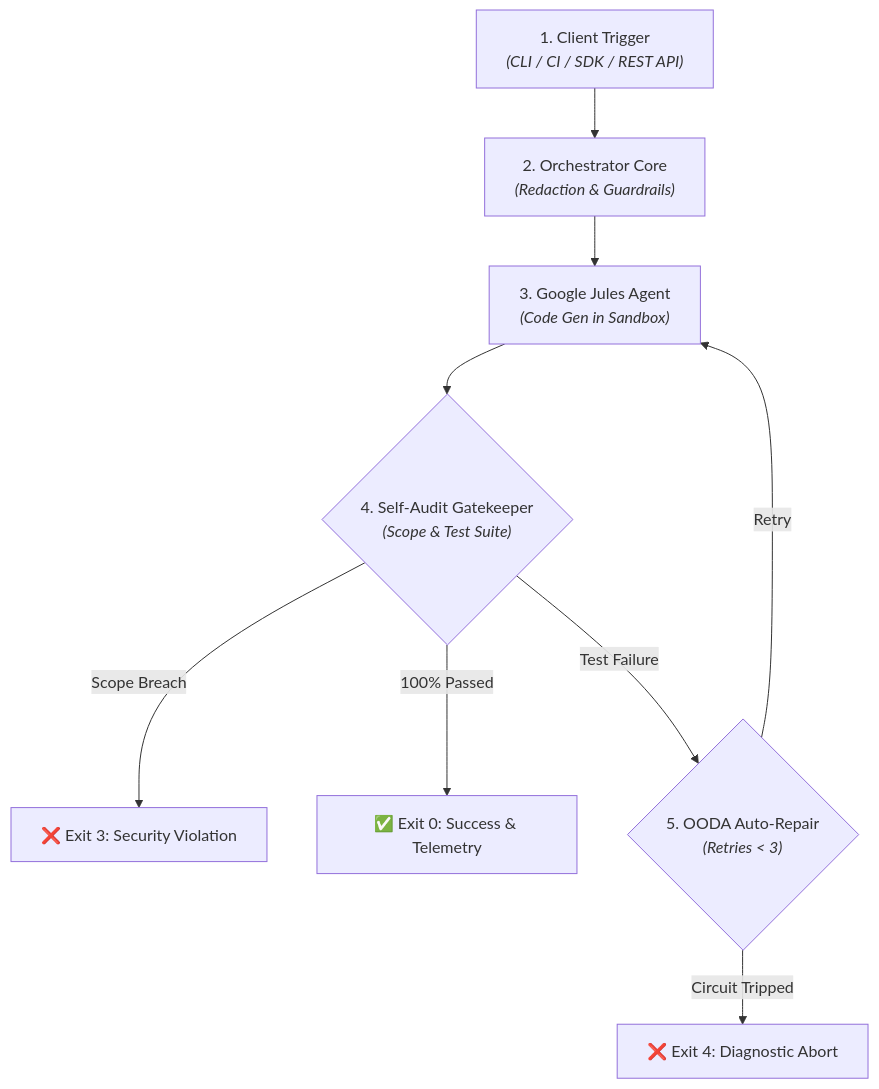
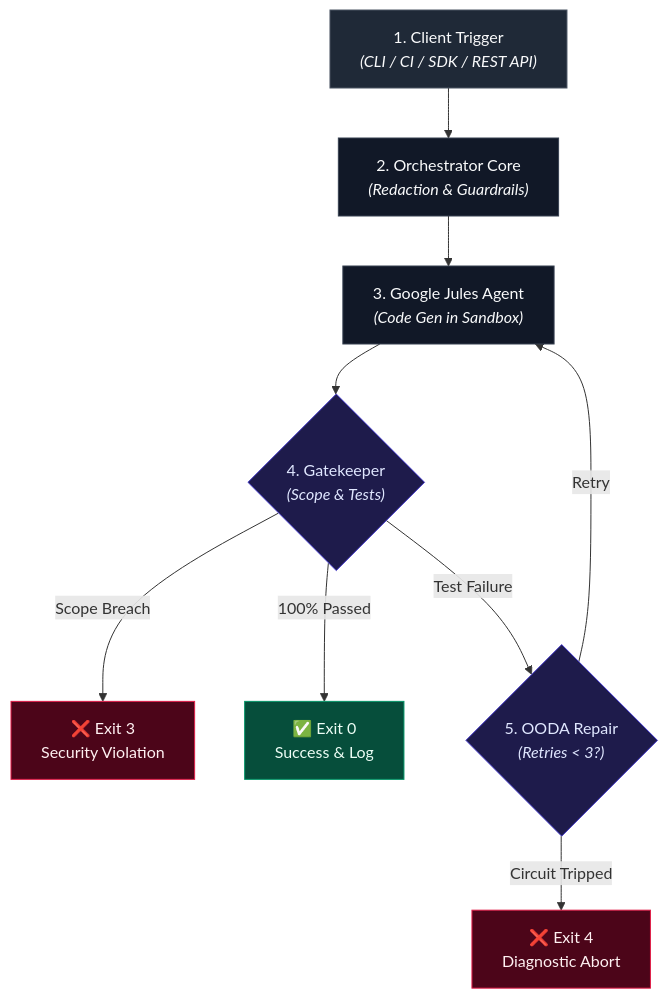
Before and after one commit to FullThrottle83/jules-orchestrator-kit: the second of 3 diagrams in README.md, drawn with Mermaid.

Commit message:
style: redesign Mermaid flowchart with multi-line node labels and classDef themes

````diff
--- a/README.md
+++ b/README.md
@@ -89,11 +89,19 @@
 ```mermaid
 graph TD
-    A["1. Client Trigger<br/><i>(CLI / CI / SDK / REST API)</i>"] --> B["2. Orchestrator Core<br/><i>(Redaction & Guardrails)</i>"]
-    B --> C["3. Google Jules Agent<br/><i>(Code Gen in Sandbox)</i>"]
-    C --> D{"4. Self-Audit Gatekeeper<br/><i>(Scope & Test Suite)</i>"}
-    D -- "Scope Breach" --> E["❌ Exit 3: Security Violation"]
-    D -- "100% Passed" --> F["✅ Exit 0: Success & Telemetry"]
-    D -- "Test Failure" --> G{"5. OODA Auto-Repair<br/><i>(Retries < 3)</i>"}
-    G -- "Retry" --> C
-    G -- "Circuit Tripped" --> H["❌ Exit 4: Diagnostic Abort"]
+    classDef start fill:#1f2937,stroke:#4b5563,color:#f9fafb;
+    classDef core fill:#111827,stroke:#374151,color:#f9fafb;
+    classDef gate fill:#1e1b4b,stroke:#4338ca,color:#e0e7ff;
+    classDef success fill:#064e3b,stroke:#059669,color:#ecfdf5;
+    classDef error fill:#4c0519,stroke:#e11d48,color:#fff1f2;
+
+    A["1. Client Trigger<br/><i>(CLI / CI / SDK / REST API)</i>"]:::start --> B["2. Orchestrator Core<br/><i>(Redaction & Guardrails)</i>"]:::core
+    B --> C["3. Google Jules Agent<br/><i>(Code Gen in Sandbox)</i>"]:::core
+    C --> D{"4. Gatekeeper<br/><i>(Scope & Tests)</i>"}:::gate
+    
+    D -->|Scope Breach| E["❌ Exit 3<br/>Security Violation"]:::error
+    D -->|100% Passed| F["✅ Exit 0<br/>Success & Log"]:::success
+    D -->|Test Failure| G{"5. OODA Repair<br/><i>(Retries < 3?)</i>"}:::gate
+    
+    G -->|Retry| C
+    G -->|Circuit Tripped| H["❌ Exit 4<br/>Diagnostic Abort"]:::error
 ```
````
